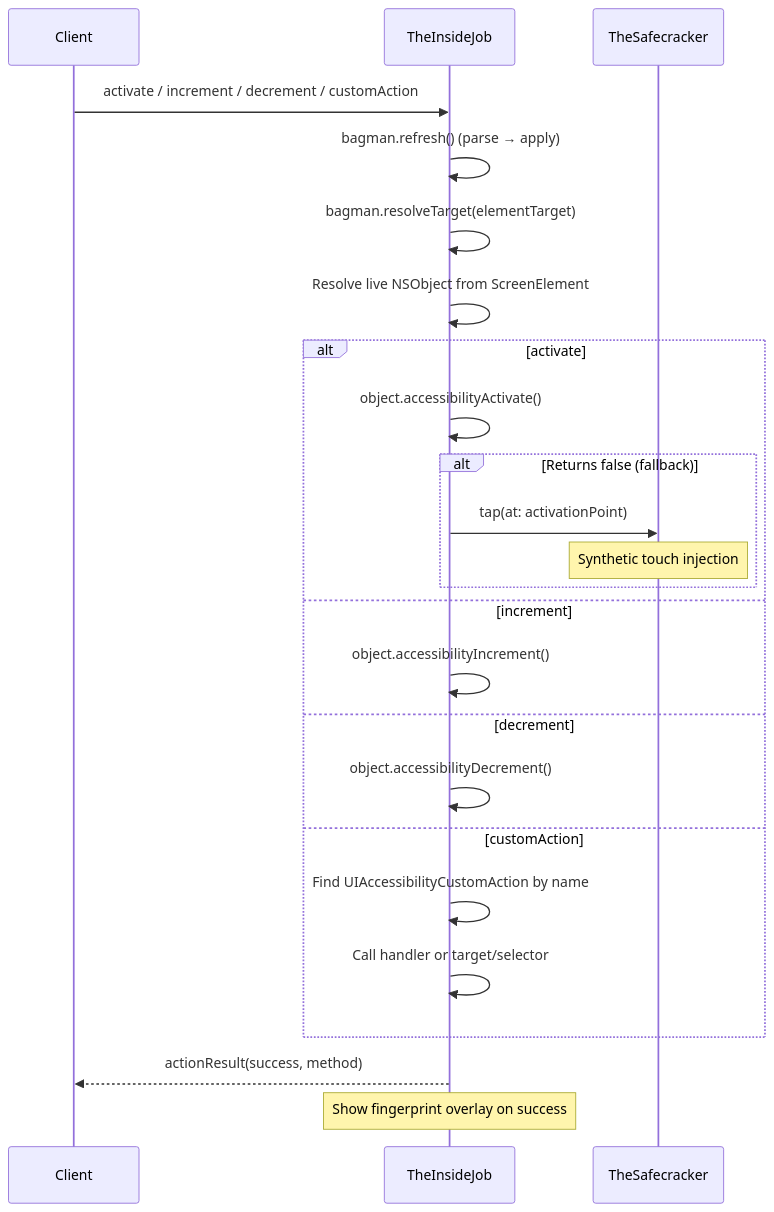
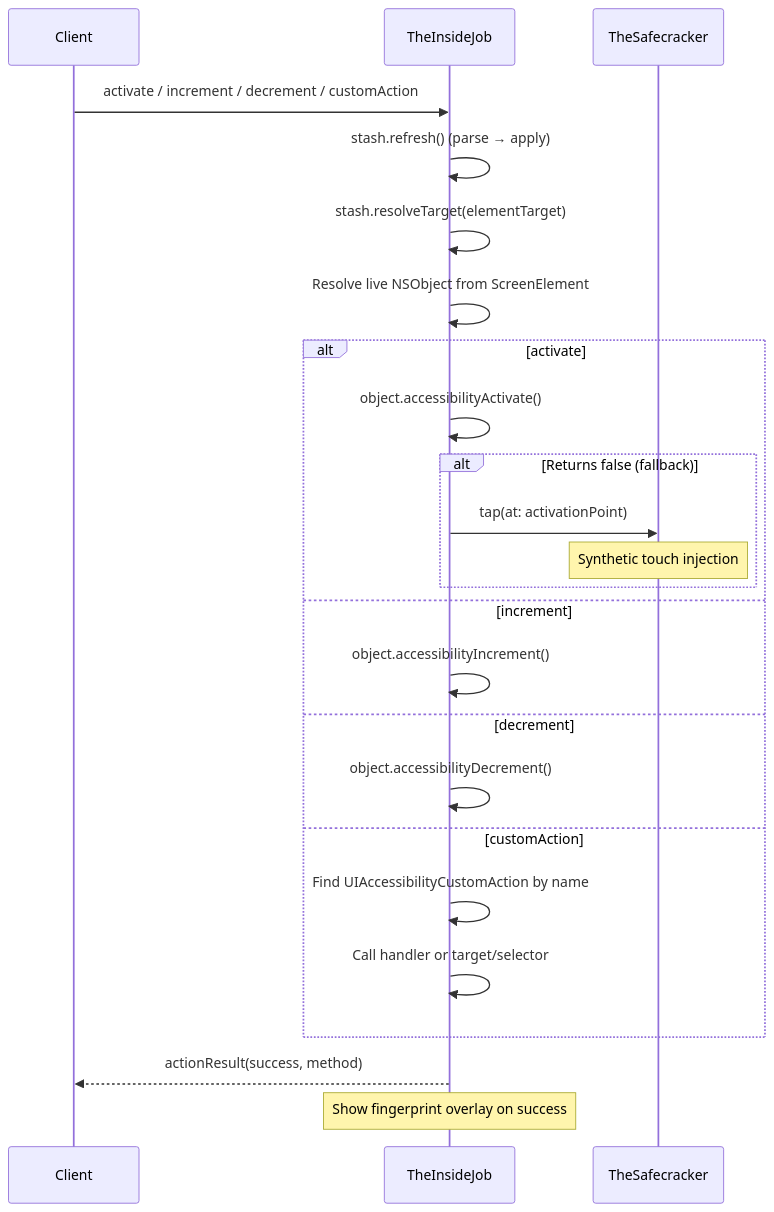
Before and after one commit to RoyalPineapple/TheButtonHeist: the ninth of 10 diagrams in docs/ARCHITECTURE.md, drawn with Mermaid. The commit also changed other lines of this file and 7 other files, not shown here.

````diff
--- a/docs/ARCHITECTURE.md
+++ b/docs/ARCHITECTURE.md
@@ -577,29 +577,29 @@
 ```mermaid
 sequenceDiagram
     participant Client
     participant IJ as TheInsideJob
     participant TSC as TheSafecracker
 
     Client->>IJ: activate / increment / decrement / customAction
-    IJ->>IJ: bagman.refresh() (parse → apply)
-    IJ->>IJ: bagman.resolveTarget(elementTarget)
+    IJ->>IJ: stash.refresh() (parse → apply)
+    IJ->>IJ: stash.resolveTarget(elementTarget)
     IJ->>IJ: Resolve live NSObject from ScreenElement
 
     alt activate
         IJ->>IJ: object.accessibilityActivate()
         alt Returns false (fallback)
             IJ->>TSC: tap(at: activationPoint)
             Note over TSC: Synthetic touch injection
         end
     else increment
         IJ->>IJ: object.accessibilityIncrement()
     else decrement
         IJ->>IJ: object.accessibilityDecrement()
     else customAction
         IJ->>IJ: Find UIAccessibilityCustomAction by name
         IJ->>IJ: Call handler or target/selector
     end
 
     IJ-->>Client: actionResult(success, method)
     Note over IJ: Show fingerprint overlay on success
 ```
````
